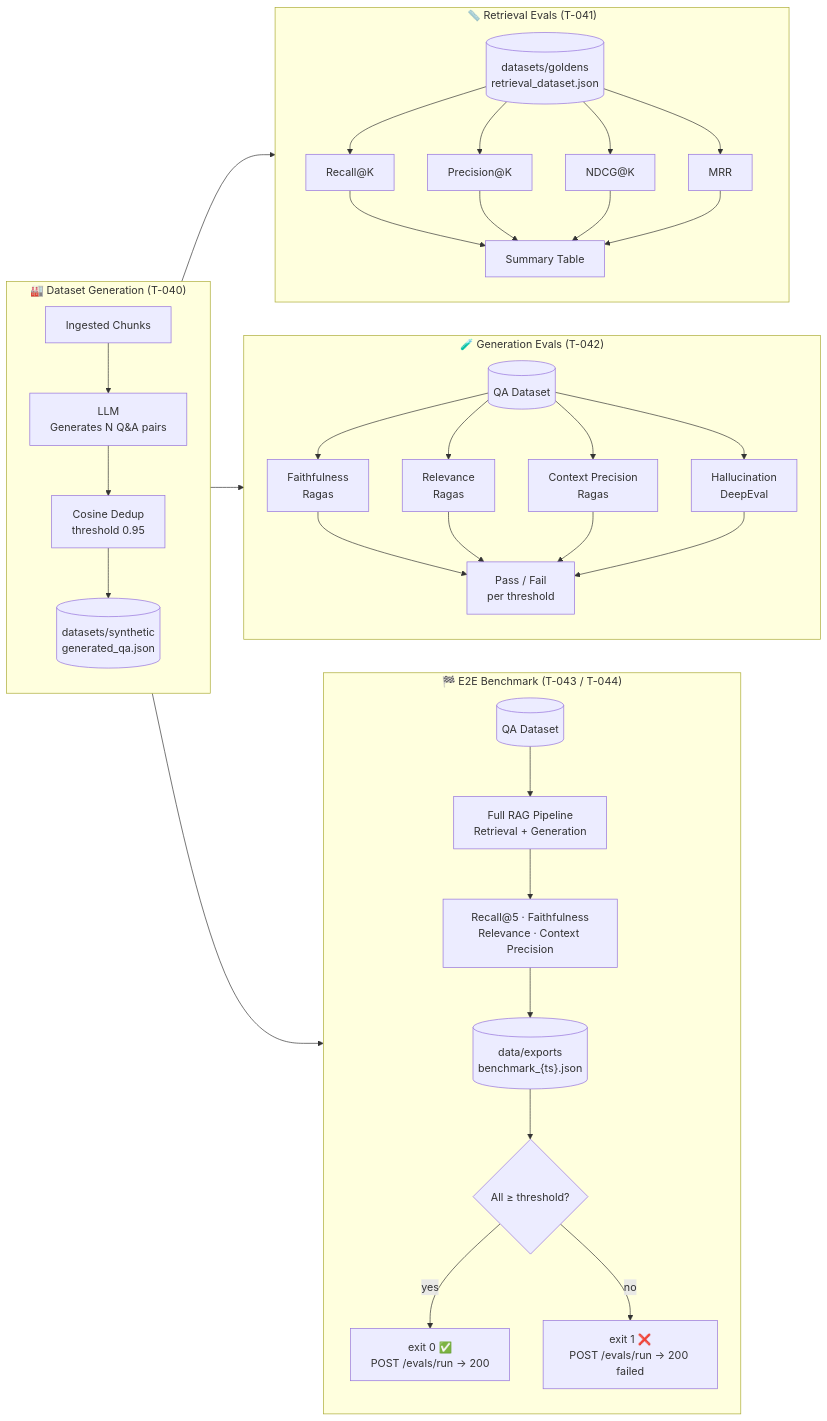
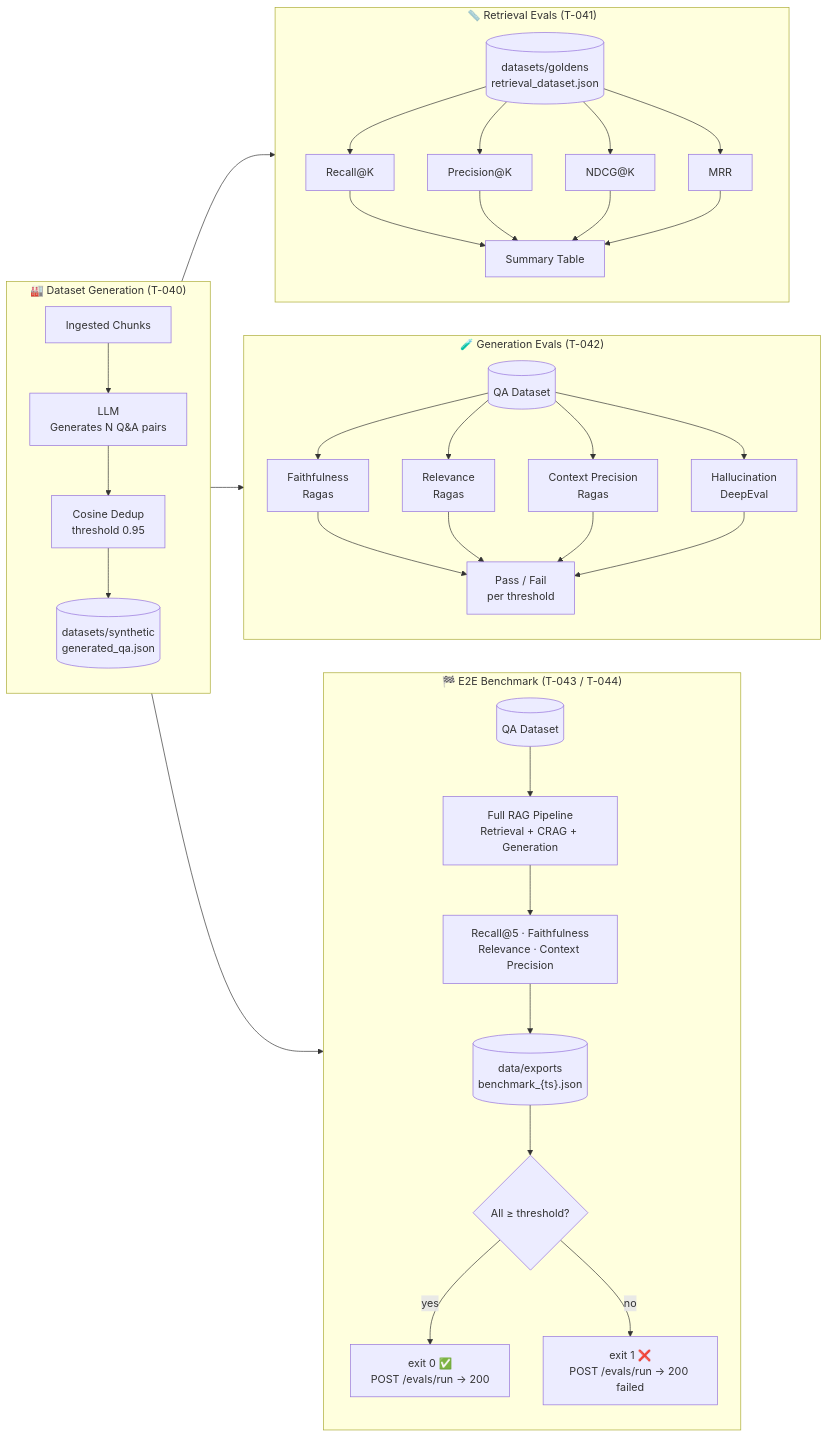
Before and after one commit to ealbertoav/rag_platform: the tenth of 12 diagrams in README.md, drawn with Mermaid. The commit also changed other lines of this file, not shown here.

First line of the commit message:
docs: update README with Corrective RAG (T-142) details

````diff
--- a/README.md
+++ b/README.md
@@ -1740,37 +1857,37 @@
 ```mermaid
 flowchart LR
     subgraph GEN["🏭 Dataset Generation (T-040)"]
         IC[Ingested Chunks] --> LLM2["LLM<br/>Generates N Q&A pairs"]
         LLM2 --> DED["Cosine Dedup<br/>threshold 0.95"]
         DED --> QA[("datasets/synthetic<br/>generated_qa.json")]
     end
 
     subgraph RET["📏 Retrieval Evals (T-041)"]
         QA2[("datasets/goldens<br/>retrieval_dataset.json")] --> R1["Recall@K"]
         QA2 --> R2["Precision@K"]
         QA2 --> R3["NDCG@K"]
         QA2 --> R4["MRR"]
         R1 & R2 & R3 & R4 --> RT[Summary Table]
     end
 
     subgraph GEN2["🧪 Generation Evals (T-042)"]
         QA3[("QA Dataset")] --> F["Faithfulness<br/>Ragas"]
         QA3 --> RV["Relevance<br/>Ragas"]
         QA3 --> CP["Context Precision<br/>Ragas"]
         QA3 --> H["Hallucination<br/>DeepEval"]
         F & RV & CP & H --> GR["Pass / Fail<br/>per threshold"]
     end
 
     subgraph E2E["🏁 E2E Benchmark (T-043 / T-044)"]
-        QA4[("QA Dataset")] --> PIPE["Full RAG Pipeline<br/>Retrieval + Generation"]
+        QA4[("QA Dataset")] --> PIPE["Full RAG Pipeline<br/>Retrieval + CRAG + Generation"]
         PIPE --> MET["Recall@5 · Faithfulness<br/>Relevance · Context Precision"]
         MET --> RPT[("data/exports<br/>benchmark_{ts}.json")]
         RPT --> EXIT{All ≥ threshold?}
         EXIT -->|yes| PASS["exit 0 ✅<br/>POST /evals/run → 200"]
         EXIT -->|no| FAIL["exit 1 ❌<br/>POST /evals/run → 200 failed"]
     end
 
     GEN --> RET
     GEN --> GEN2
     GEN --> E2E
 ```
````
